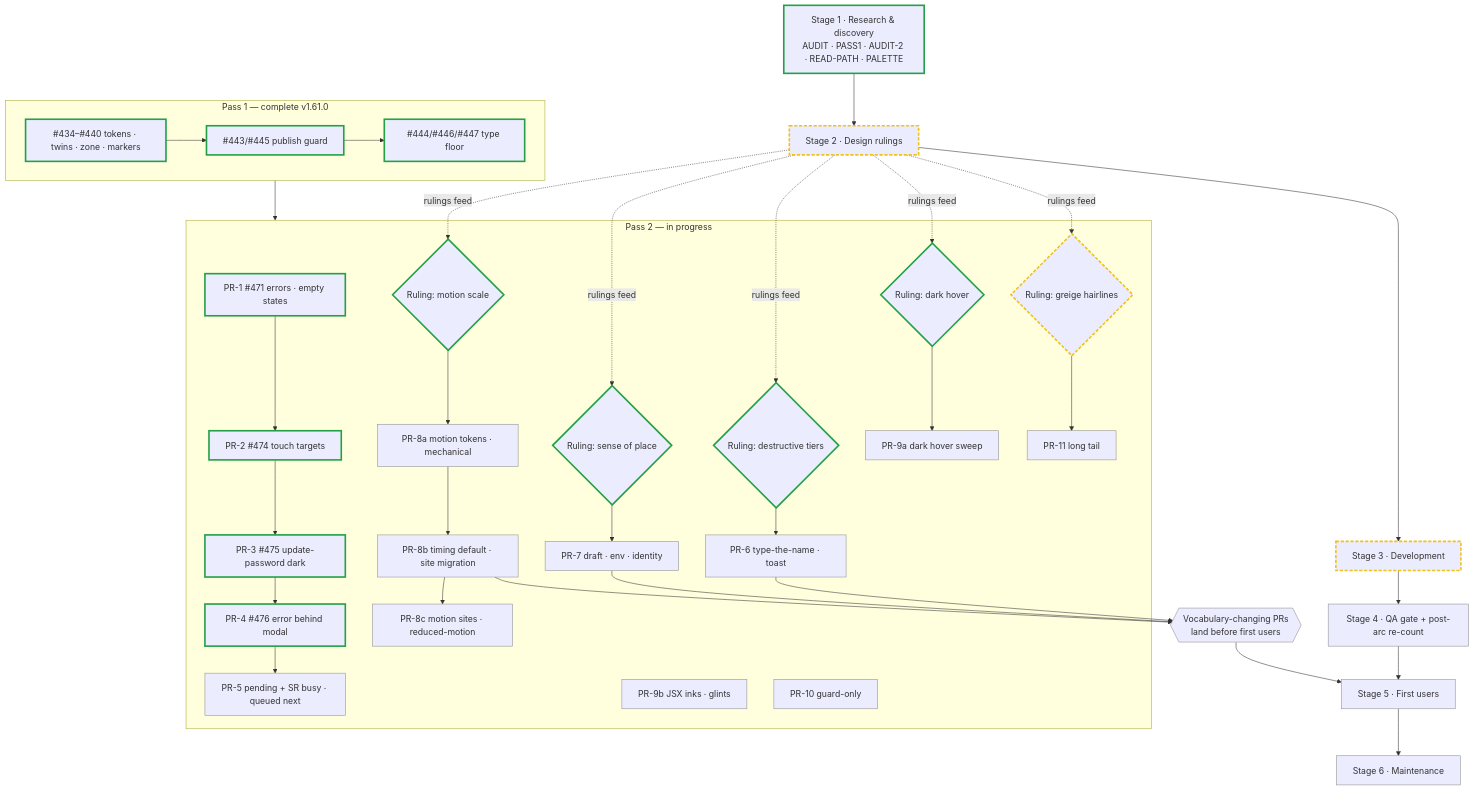
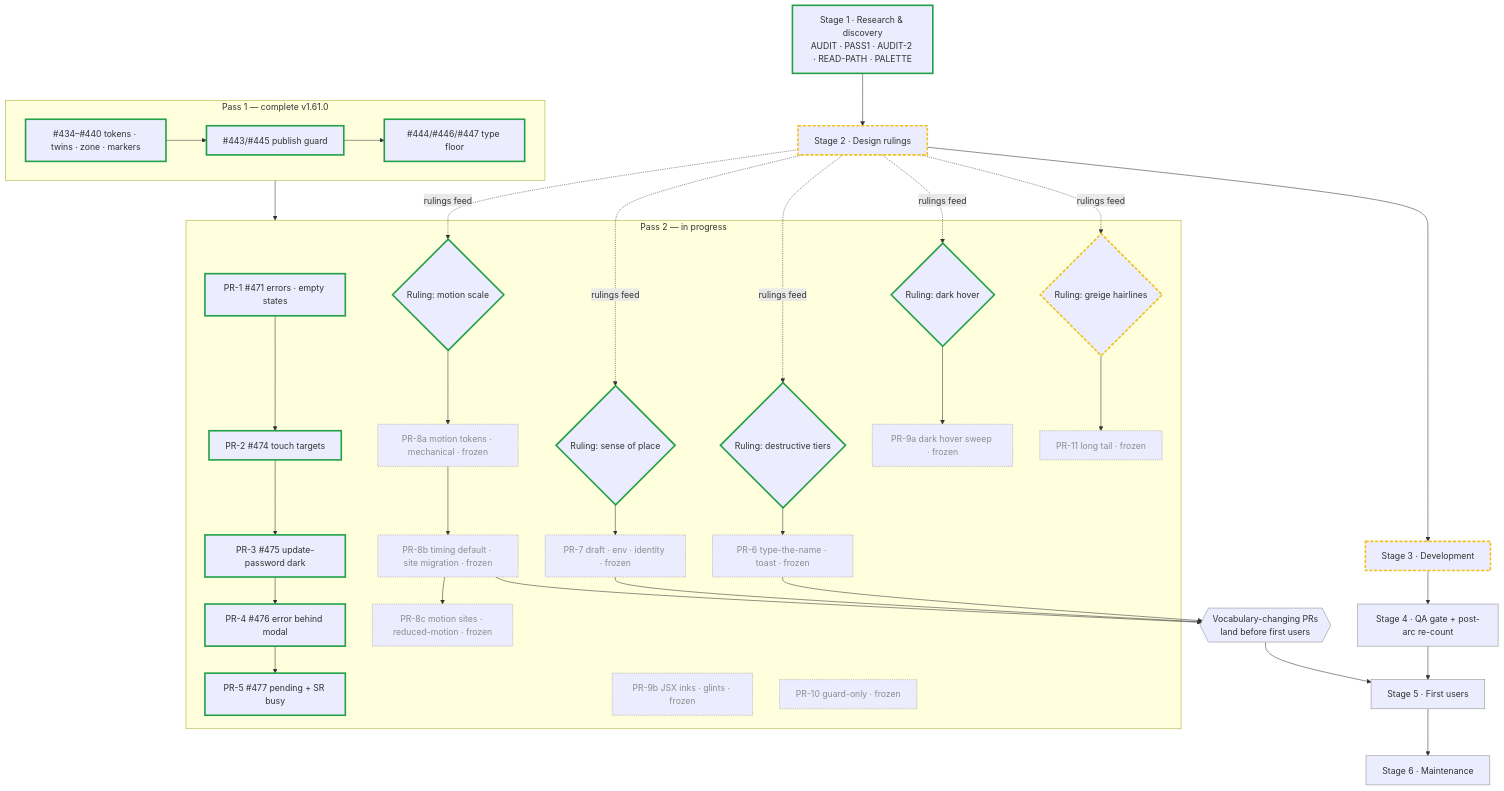
One commit to pmeglaw/seat-planner changed the diagram in docs/design-system/PLAN.md. Above: the diagram before and after it, drawn with Mermaid. The commit also changed other lines of this file and 17 other files, not shown here.

````diff
--- a/docs/design-system/PLAN.md
+++ b/docs/design-system/PLAN.md
@@ -13,39 +13,40 @@
 ```mermaid
 flowchart TD
   classDef done stroke-width:3px,stroke:#24a148
   classDef wip stroke-width:3px,stroke-dasharray:6 3,stroke:#f1c21b
   classDef todo stroke-width:1px,stroke:#8d8d8d
+  classDef frozen stroke-width:1px,stroke-dasharray:2 2,stroke:#8d8d8d,color:#8d8d8d
 
   S1[Stage 1 · Research & discovery<br/>AUDIT · PASS1 · AUDIT-2 · READ-PATH · PALETTE]:::done
   S2[Stage 2 · Design rulings]:::wip
   S3[Stage 3 · Development]:::wip
   S4[Stage 4 · QA gate + post-arc re-count]:::todo
   S5[Stage 5 · First users]:::todo
   S6[Stage 6 · Maintenance]:::todo
 
   S1 --> S2 --> S3 --> S4 --> S5 --> S6
 
   subgraph P1[Pass 1 — complete v1.61.0]
     A[#434–#440 tokens · twins · zone · markers]:::done --> B[#443/#445 publish guard]:::done --> C[#444/#446/#447 type floor]:::done
   end
 
   subgraph P2[Pass 2 — in progress]
     PR1[PR-1 #471 errors · empty states]:::done
     PR2[PR-2 #474 touch targets]:::done
     PR3[PR-3 #475 update-password dark]:::done
     PR4[PR-4 #476 error behind modal]:::done
-    PR5[PR-5 pending + SR busy · queued next]:::todo
-    R1{Ruling: destructive tiers}:::done --> PR6[PR-6 type-the-name · toast]:::todo
-    R2{Ruling: sense of place}:::done --> PR7[PR-7 draft · env · identity]:::todo
-    R3{Ruling: motion scale}:::done --> PR8a[PR-8a motion tokens · mechanical]:::todo --> PR8b[PR-8b timing default · site migration]:::todo --> PR8c[PR-8c motion sites · reduced-motion]:::todo
-    R4{Ruling: dark hover}:::done --> PR9a[PR-9a dark hover sweep]:::todo
-    R5{Ruling: greige hairlines}:::wip --> PR11[PR-11 long tail]:::todo
-    PR9b[PR-9b JSX inks · glints]:::todo
-    PR10[PR-10 guard-only]:::todo
+    PR5[PR-5 #477 pending + SR busy]:::done
+    R1{Ruling: destructive tiers}:::done --> PR6[PR-6 type-the-name · toast · frozen]:::frozen
+    R2{Ruling: sense of place}:::done --> PR7[PR-7 draft · env · identity · frozen]:::frozen
+    R3{Ruling: motion scale}:::done --> PR8a[PR-8a motion tokens · mechanical · frozen]:::frozen --> PR8b[PR-8b timing default · site migration · frozen]:::frozen --> PR8c[PR-8c motion sites · reduced-motion · frozen]:::frozen
+    R4{Ruling: dark hover}:::done --> PR9a[PR-9a dark hover sweep · frozen]:::frozen
+    R5{Ruling: greige hairlines}:::wip --> PR11[PR-11 long tail · frozen]:::frozen
+    PR9b[PR-9b JSX inks · glints · frozen]:::frozen
+    PR10[PR-10 guard-only · frozen]:::frozen
     PR1 --> PR2 --> PR3 --> PR4 --> PR5
   end
 
   P1 --> P2
   S2 -. rulings feed .-> R1 & R2 & R3 & R4 & R5
   PR6 & PR7 & PR8b --> GATE{{Vocabulary-changing PRs<br/>land before first users}}:::todo --> S5
 ```
````
